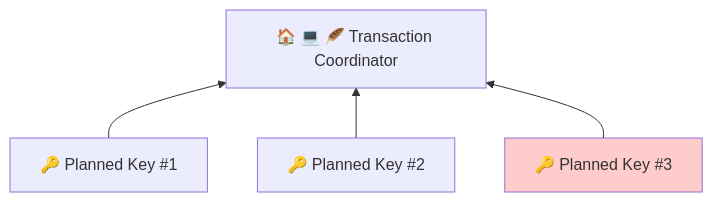
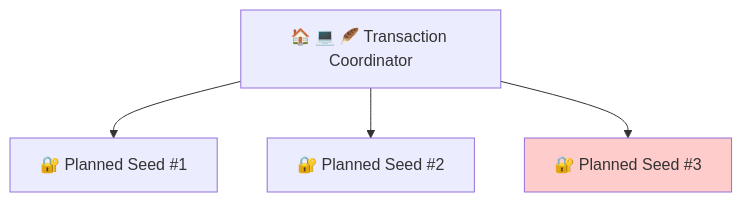
The eighth of 24 diagrams in Docs/Scenario-Multisig.md (BlockchainCommons/SmartCustody), drawn with Mermaid before and after one commit. The commit also changed other lines of this file, not shown here.

````diff
--- a/Docs/Scenario-Multisig.md
+++ b/Docs/Scenario-Multisig.md
@@ -302,12 +302,12 @@
 ```mermaid
-    graph BT;
+    graph TD;
     A["🏠 💻 🪶 Transaction Coordinator"]
-    B["🔑 Planned Key #1"]
-    C["🔑 Planned Key #2"]
-    D["🔑 Planned Key #3"]    
-    B-->A;
-    C-->A;
-    D-->A;
+    B["🔐 Planned Seed #1"]
+    C["🔐 Planned Seed #2"]
+    D["🔐 Planned Seed #3"]    
+    A-->B
+    A-->C;
+    A-->D;
     
 style D fill:#ffcccc;
 ```
````
